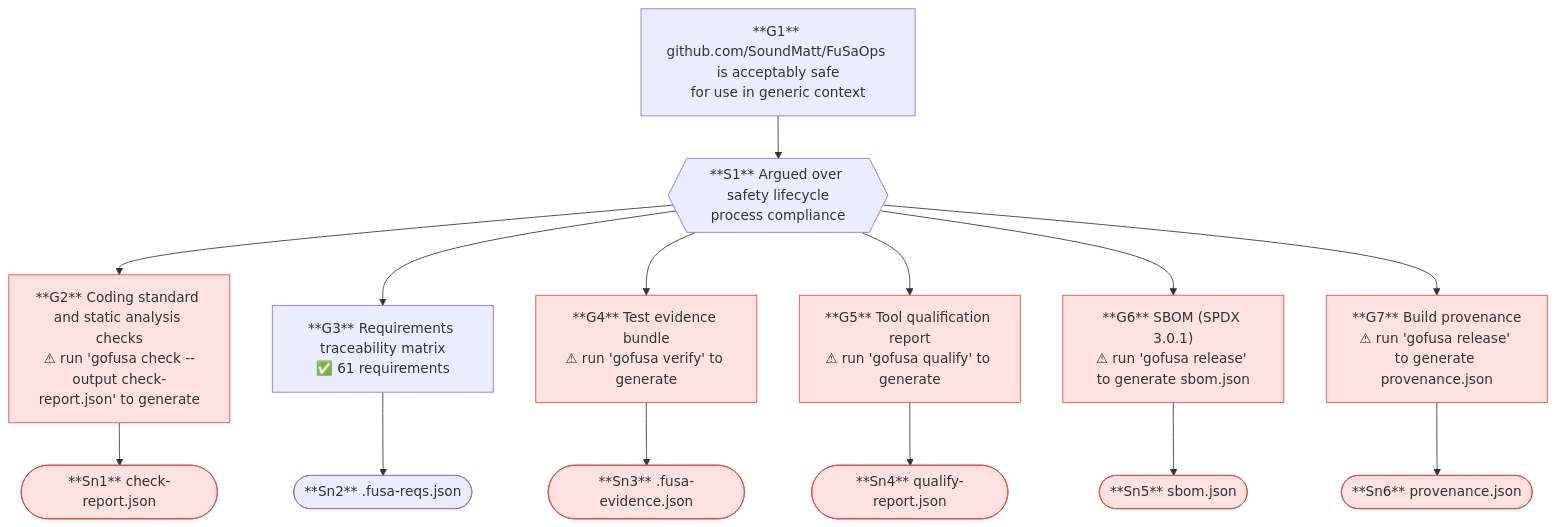
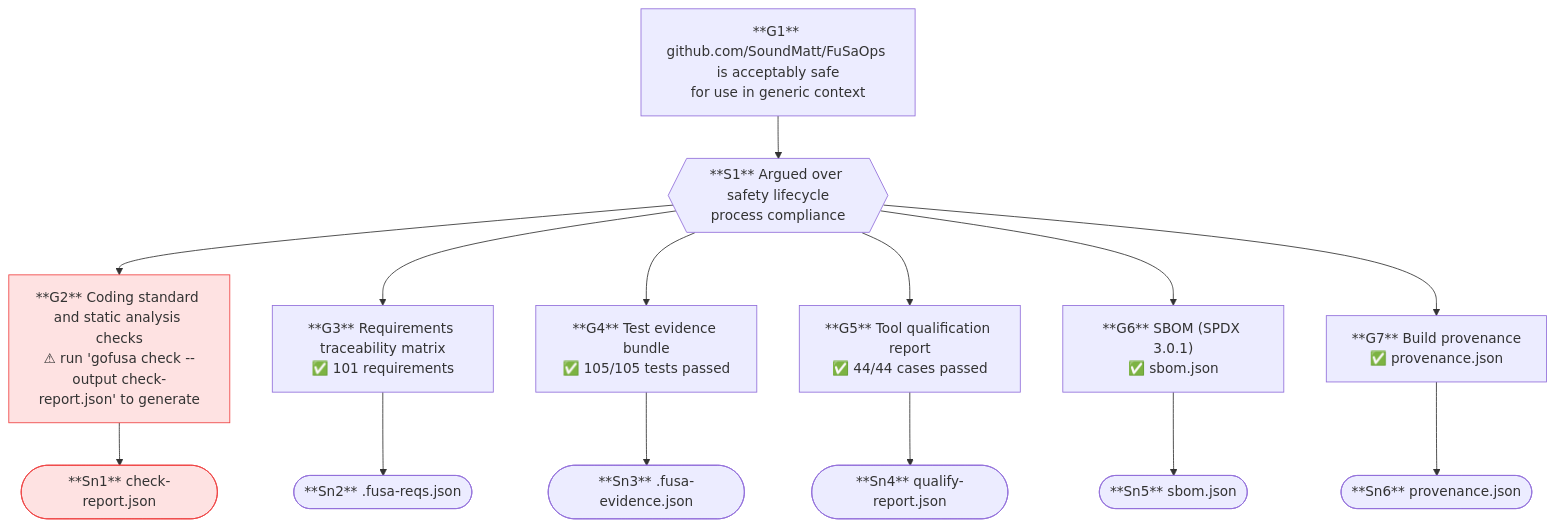
Before and after one commit to SoundMatt/FuSaOps: the diagram in safety-case.mermaid, drawn with Mermaid. The commit also changed 41 other files, not shown here.

First line of the commit message:
feat: v0.2 evidence aggregation — trace, sbom, audit-pack

```diff
--- a/safety-case.mermaid
+++ b/safety-case.mermaid
@@ -1,38 +1,30 @@
 flowchart TD
     G1["**G1** github.com/SoundMatt/FuSaOps is acceptably safe\nfor use in generic context"]
     S1{{"**S1** Argued over safety lifecycle\nprocess compliance"}}
     G2["**G2** Coding standard and static analysis checks\n⚠ run 'gofusa check --output check-report.json' to generate"]
     Sn1(["**Sn1** check-report.json"])
-    G3["**G3** Requirements traceability matrix\n✅ 61 requirements"]
+    G3["**G3** Requirements traceability matrix\n✅ 101 requirements"]
     Sn2(["**Sn2** .fusa-reqs.json"])
-    G4["**G4** Test evidence bundle\n⚠ run 'gofusa verify' to generate"]
+    G4["**G4** Test evidence bundle\n✅ 105/105 tests passed"]
     Sn3(["**Sn3** .fusa-evidence.json"])
-    G5["**G5** Tool qualification report\n⚠ run 'gofusa qualify' to generate"]
+    G5["**G5** Tool qualification report\n✅ 44/44 cases passed"]
     Sn4(["**Sn4** qualify-report.json"])
-    G6["**G6** SBOM (SPDX 3.0.1)\n⚠ run 'gofusa release' to generate sbom.json"]
+    G6["**G6** SBOM (SPDX 3.0.1)\n✅ sbom.json"]
     Sn5(["**Sn5** sbom.json"])
-    G7["**G7** Build provenance\n⚠ run 'gofusa release' to generate provenance.json"]
+    G7["**G7** Build provenance\n✅ provenance.json"]
     Sn6(["**Sn6** provenance.json"])
     G1 --> S1
     S1 --> G2
     S1 --> G3
     S1 --> G4
     S1 --> G5
     S1 --> G6
     S1 --> G7
     G2 --> Sn1
     G3 --> Sn2
     G4 --> Sn3
     G5 --> Sn4
     G6 --> Sn5
     G7 --> Sn6
     style G2 fill:#fee2e2,stroke:#ef4444
     style Sn1 fill:#fee2e2,stroke:#ef4444
-    style G4 fill:#fee2e2,stroke:#ef4444
-    style Sn3 fill:#fee2e2,stroke:#ef4444
-    style G5 fill:#fee2e2,stroke:#ef4444
-    style Sn4 fill:#fee2e2,stroke:#ef4444
-    style G6 fill:#fee2e2,stroke:#ef4444
-    style Sn5 fill:#fee2e2,stroke:#ef4444
-    style G7 fill:#fee2e2,stroke:#ef4444
-    style Sn6 fill:#fee2e2,stroke:#ef4444
```
